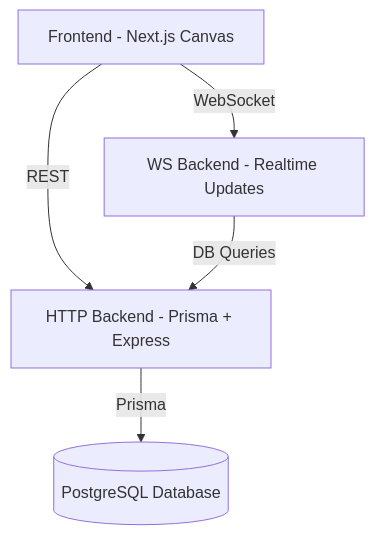
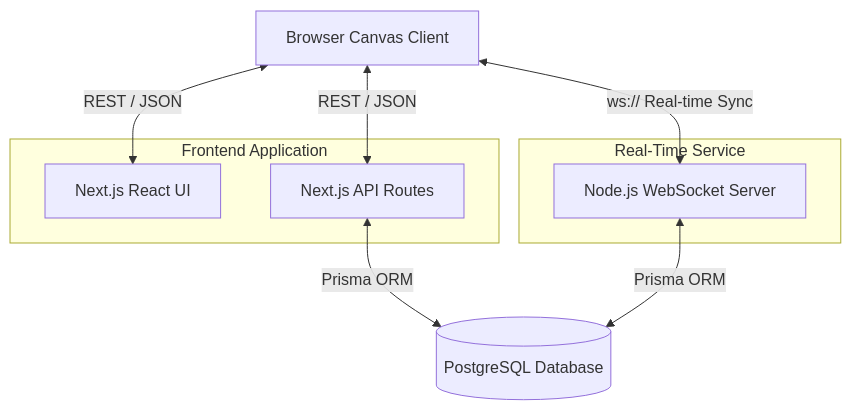
One commit to nitingupta95/draw-app changed the diagram in README.md. Above: the diagram before and after it, drawn with Mermaid. The commit also changed other lines of this file, not shown here.

Commit message:
docs: update README with detailed tech stack, architecture diagrams, and setup instructions

````diff
--- a/README.md
+++ b/README.md
@@ -39,7 +55,22 @@
 ```mermaid
 flowchart TD
-    A[Frontend - Next.js Canvas] -- WebSocket --> B[WS Backend - Realtime Updates]
-    A -- REST --> C[HTTP Backend - Prisma + Express]
-    B -- DB Queries --> C
-    C -- Prisma --> D[(PostgreSQL Database)]
+    Client[Browser Canvas Client]
+    
+    subgraph Frontend Application
+        NextUI[Next.js React UI]
+        NextAPI[Next.js API Routes]
+    end
+    
+    subgraph Real-Time Service
+        WSServer[Node.js WebSocket Server]
+    end
+    
+    DB[(PostgreSQL Database)]
+
+    Client <-->|REST / JSON| NextUI
+    Client <-->|REST / JSON| NextAPI
+    Client <-->|ws:// Real-time Sync| WSServer
+    
+    NextAPI <-->|Prisma ORM| DB
+    WSServer <-->|Prisma ORM| DB
 ```
````
